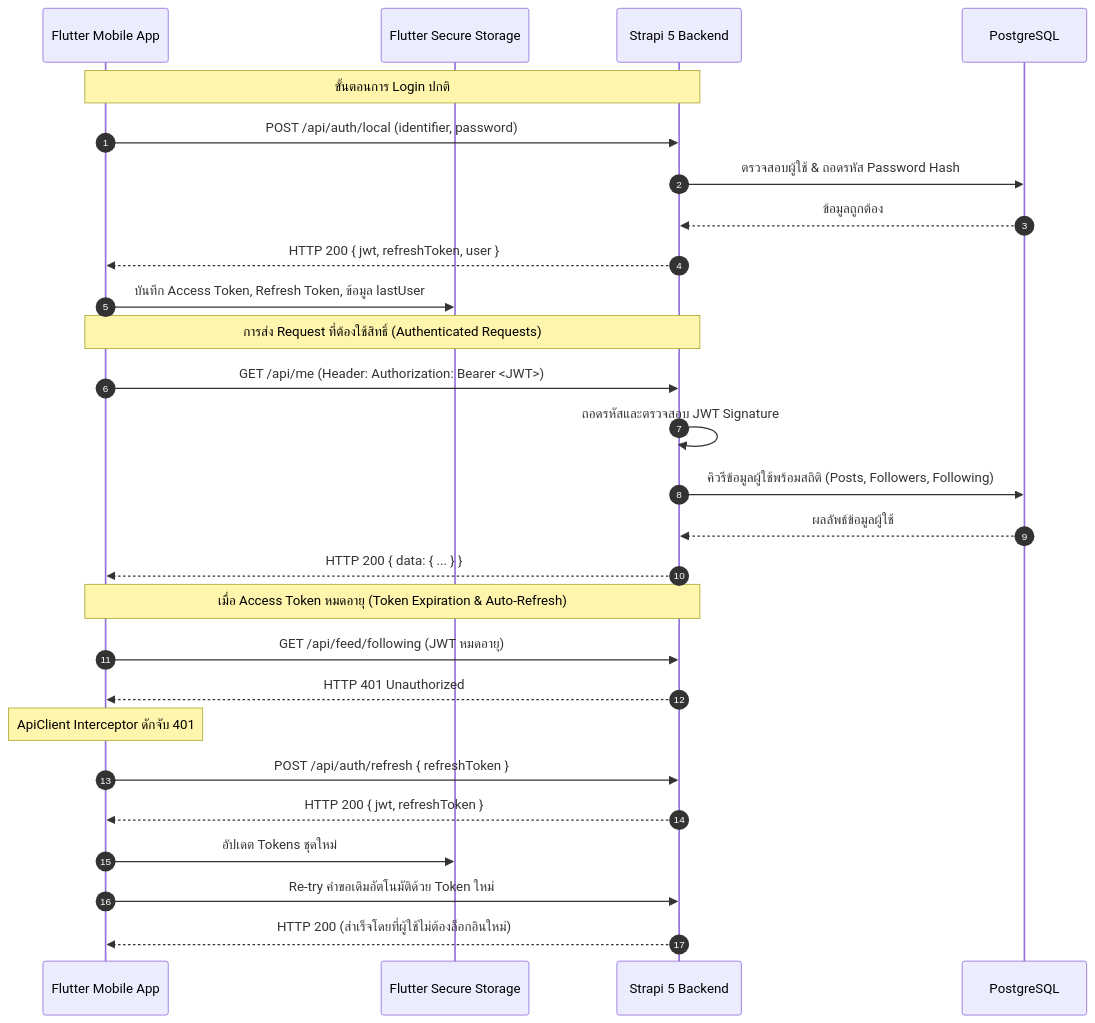
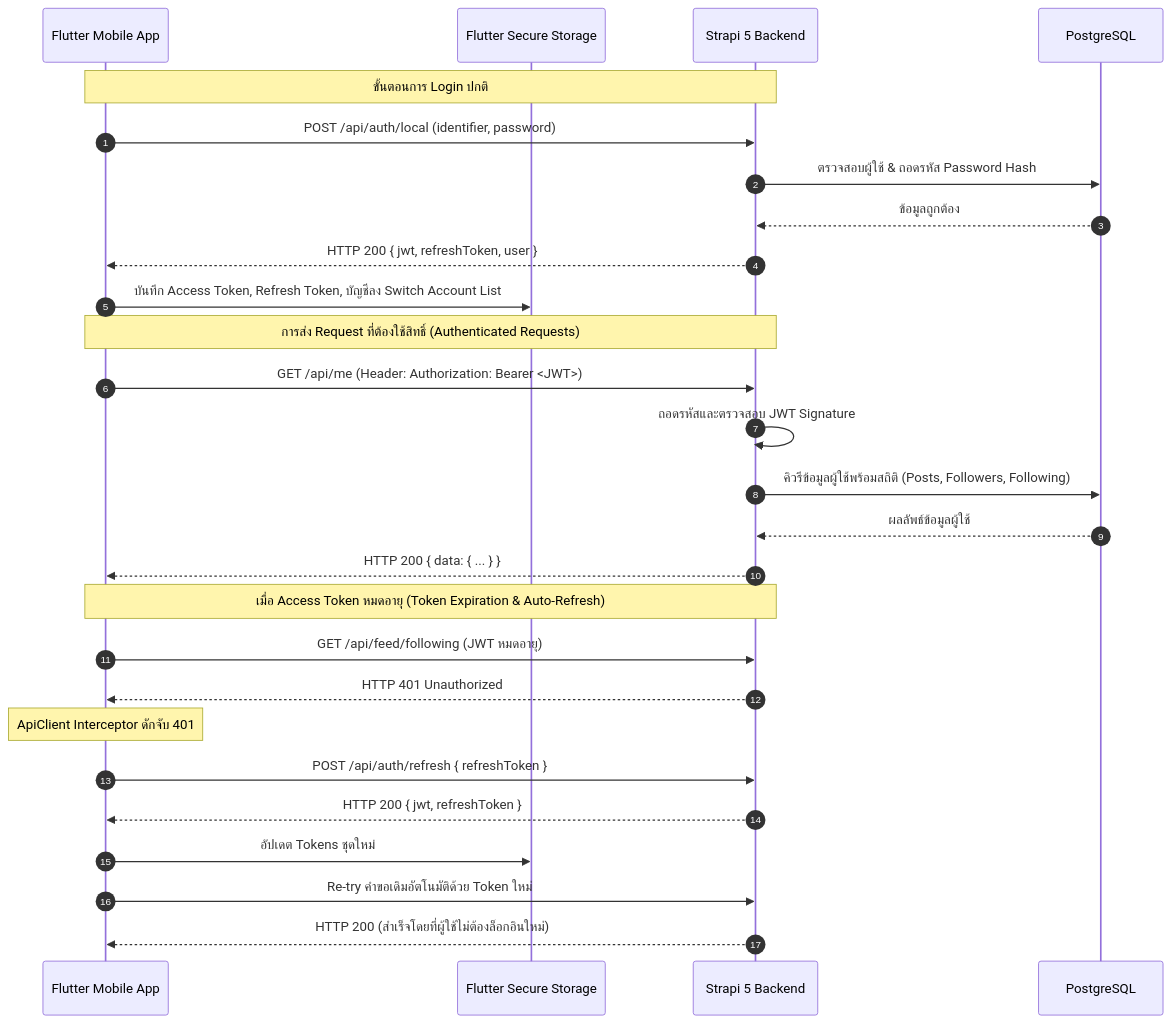
Before and after one commit to pykt0908/ai-software-engineer-project: the second of 2 diagrams in docs/01_architecture.md, drawn with Mermaid. The commit also changed other lines of this file and 93 other files, not shown here.

````diff
--- a/docs/01_architecture.md
+++ b/docs/01_architecture.md
@@ -68,32 +79,32 @@
 ```mermaid
 sequenceDiagram
     autonumber
     participant App as Flutter Mobile App
     participant Storage as Flutter Secure Storage
     participant Strapi as Strapi 5 Backend
     participant DB as PostgreSQL
 
     Note over App,Strapi: ขั้นตอนการ Login ปกติ
     App->>Strapi: POST /api/auth/local (identifier, password)
     Strapi->>DB: ตรวจสอบผู้ใช้ & ถอดรหัส Password Hash
     DB-->>Strapi: ข้อมูลถูกต้อง
     Strapi-->>App: HTTP 200 { jwt, refreshToken, user }
-    App->>Storage: บันทึก Access Token, Refresh Token, ข้อมูล lastUser
+    App->>Storage: บันทึก Access Token, Refresh Token, บัญชีลง Switch Account List
 
     Note over App,Strapi: การส่ง Request ที่ต้องใช้สิทธิ์ (Authenticated Requests)
     App->>Strapi: GET /api/me (Header: Authorization: Bearer <JWT>)
     Strapi->>Strapi: ถอดรหัสและตรวจสอบ JWT Signature
     Strapi->>DB: คิวรีข้อมูลผู้ใช้พร้อมสถิติ (Posts, Followers, Following)
     DB-->>Strapi: ผลลัพธ์ข้อมูลผู้ใช้
     Strapi-->>App: HTTP 200 { data: { ... } }
 
     Note over App,Strapi: เมื่อ Access Token หมดอายุ (Token Expiration & Auto-Refresh)
     App->>Strapi: GET /api/feed/following (JWT หมดอายุ)
     Strapi-->>App: HTTP 401 Unauthorized
     Note over App: ApiClient Interceptor ดักจับ 401
     App->>Strapi: POST /api/auth/refresh { refreshToken }
     Strapi-->>App: HTTP 200 { jwt, refreshToken }
     App->>Storage: อัปเดต Tokens ชุดใหม่
     App->>Strapi: Re-try คำขอเดิมอัตโนมัติด้วย Token ใหม่
     Strapi-->>App: HTTP 200 (สำเร็จโดยที่ผู้ใช้ไม่ต้องล็อกอินใหม่)
 ```
````
